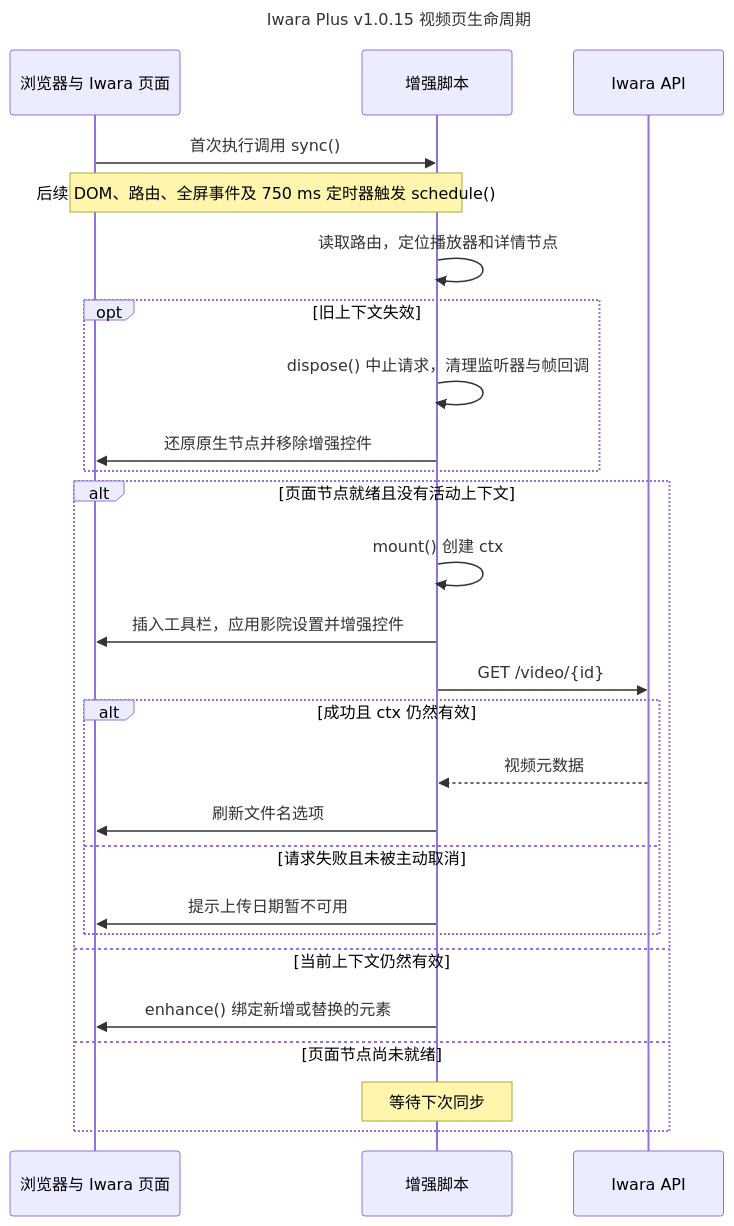
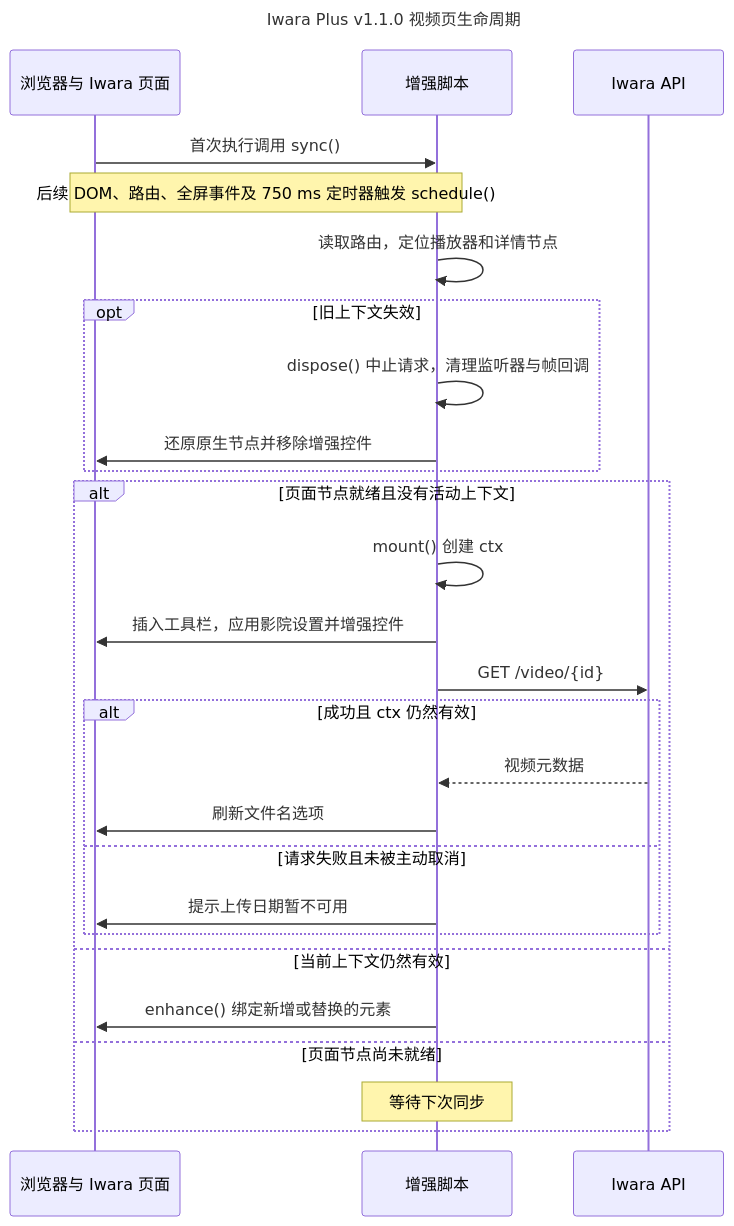
One commit to lhYanghc/iwara-plus changed the second of 6 diagrams in docs/architecture.zh-CN.md. Above: the diagram before and after it, drawn with Mermaid. The commit also changed other lines of this file and 9 other files, not shown here.

````diff
--- a/docs/architecture.zh-CN.md
+++ b/docs/architecture.zh-CN.md
@@ -70,31 +74,31 @@
 ```mermaid
 ---
-title: Iwara Plus v1.0.15 视频页生命周期
+title: Iwara Plus v1.1.0 视频页生命周期
 ---
 sequenceDiagram
     participant B as 浏览器与 Iwara 页面
     participant L as 增强脚本
     participant A as Iwara API
     B->>L: 首次执行调用 sync()
     Note over B,L: 后续 DOM、路由、全屏事件及 750 ms 定时器触发 schedule()
     L->>L: 读取路由，定位播放器和详情节点
     opt 旧上下文失效
         L->>L: dispose() 中止请求，清理监听器与帧回调
         L->>B: 还原原生节点并移除增强控件
     end
     alt 页面节点就绪且没有活动上下文
         L->>L: mount() 创建 ctx
         L->>B: 插入工具栏，应用影院设置并增强控件
         L->>A: GET /video/{id}
         alt 成功且 ctx 仍然有效
             A-->>L: 视频元数据
             L->>B: 刷新文件名选项
         else 请求失败且未被主动取消
             L->>B: 提示上传日期暂不可用
         end
     else 当前上下文仍然有效
         L->>B: enhance() 绑定新增或替换的元素
     else 页面节点尚未就绪
         Note over L: 等待下次同步
     end
 ```
````
